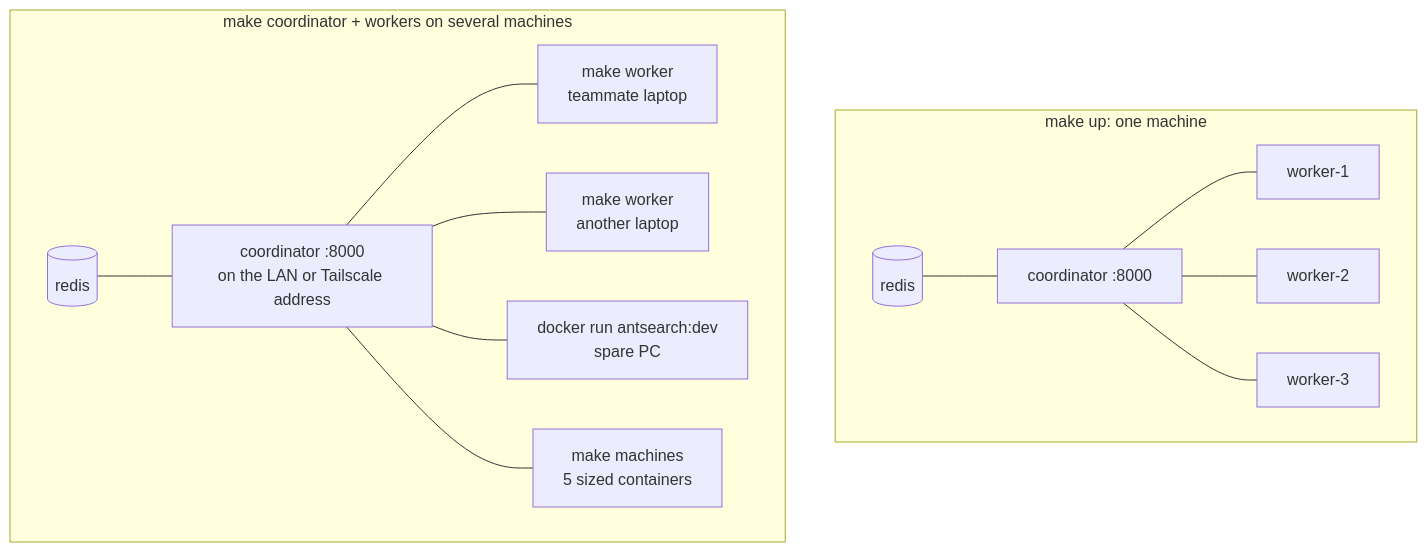
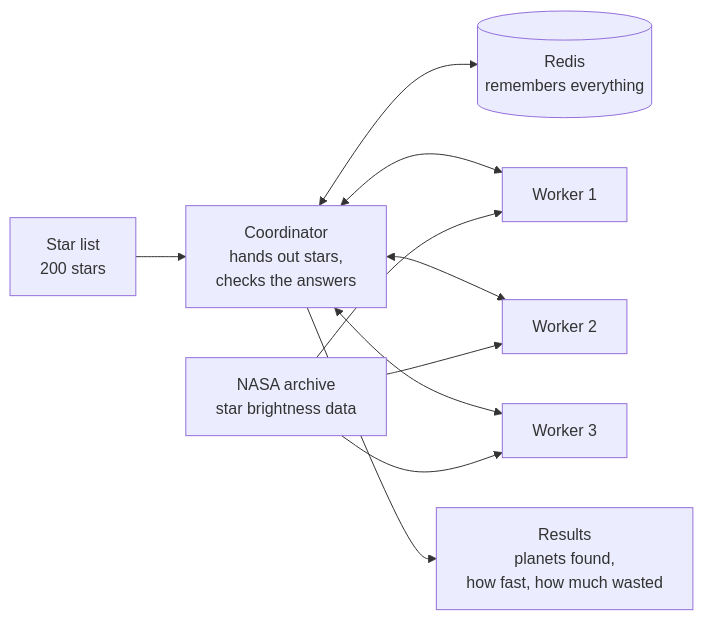
Before and after one commit to brooke006/AntSearch: the first of 2 diagrams in docs/architecture.md, drawn with Mermaid. The commit also changed other lines of this file and 4 other files, not shown here.

Commit message:
generated charts and created architecture.md

````diff
--- a/docs/architecture.md
+++ b/docs/architecture.md
@@ -136,19 +7,21 @@
 ```mermaid
-flowchart TB
-    subgraph local["make up: one machine"]
-        direction LR
-        r1[("redis")] --- c1["coordinator :8000"]
-        c1 --- w1["worker-1"]
-        c1 --- w2["worker-2"]
-        c1 --- w3["worker-3"]
-    end
+flowchart LR
+    stars["Star list<br/>200 stars"]
+    coordinator["Coordinator<br/>hands out stars,<br/>checks the answers"]
+    redis[("Redis<br/>remembers everything")]
+    w1["Worker 1"]
+    w2["Worker 2"]
+    w3["Worker 3"]
+    nasa["NASA archive<br/>star brightness data"]
+    results["Results<br/>planets found,<br/>how fast, how much wasted"]
 
-    subgraph multi["make coordinator + workers on several machines"]
-        direction LR
-        r2[("redis")] --- c2["coordinator :8000<br/>on the LAN or Tailscale address"]
-        c2 --- n1["make worker<br/>teammate laptop"]
-        c2 --- n2["make worker<br/>another laptop"]
-        c2 --- d1["docker run antsearch:dev<br/>spare PC"]
-        c2 --- m1["make machines<br/>5 sized containers"]
-    end
+    stars --> coordinator
+    coordinator <--> redis
+    coordinator <--> w1
+    coordinator <--> w2
+    coordinator <--> w3
+    nasa --> w1
+    nasa --> w2
+    nasa --> w3
+    coordinator --> results
 ```
````
